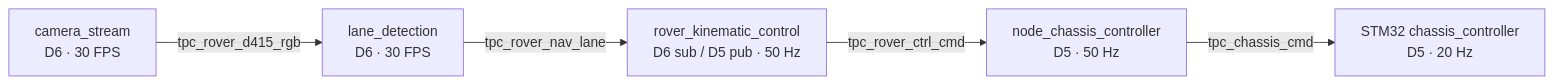
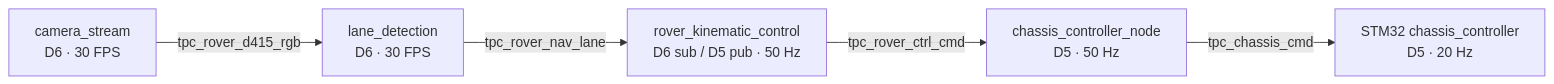
The second of 2 diagrams in docs/ARCHITECTURE.md (RoboticsGG/almondmatcha), drawn with Mermaid before and after one commit. The commit also changed other lines of this file and 25 other files, not shown here.

````diff
--- a/docs/ARCHITECTURE.md
+++ b/docs/ARCHITECTURE.md
@@ -163,7 +163,7 @@
 ```mermaid
 flowchart LR
     CAM["camera_stream\nD6 · 30 FPS"] -->|tpc_rover_d415_rgb| LANE["lane_detection\nD6 · 30 FPS"]
     LANE -->|tpc_rover_nav_lane| CTRL["rover_kinematic_control\nD6 sub / D5 pub · 50 Hz"]
-    CTRL -->|tpc_rover_ctrl_cmd| CC["node_chassis_controller\nD5 · 50 Hz"]
+    CTRL -->|tpc_rover_ctrl_cmd| CC["chassis_controller_node\nD5 · 50 Hz"]
     CC -->|tpc_chassis_cmd| MTR["STM32 chassis_controller\nD5 · 20 Hz"]
 ```
````
